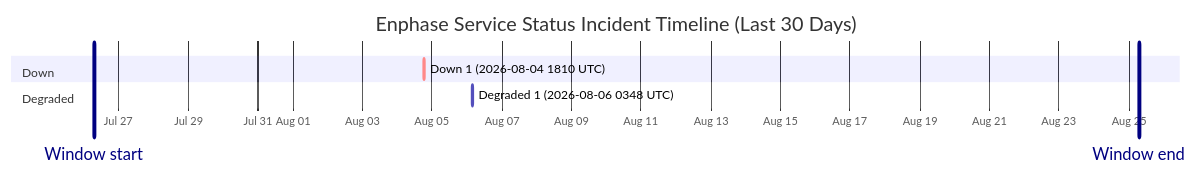
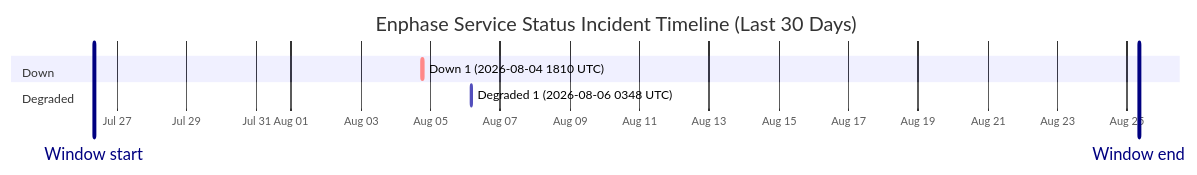
Before and after one commit to barneyonline/ha-enphase-energy: the diagram in wiki/Service-Status-History.md, drawn with Mermaid. The commit also changed other lines of this file and 3 other files, not shown here.

````diff
--- a/wiki/Service-Status-History.md
+++ b/wiki/Service-Status-History.md
@@ -14,12 +14,12 @@
 ```mermaid
 gantt
     title Enphase Service Status Incident Timeline (Last 30 Days)
     dateFormat  YYYY-MM-DDTHH:mm:ss
     axisFormat  %b %d
-    Window start :vert, window-start, 2026-07-26T07:00:18, 0ms
-    Window end :vert, window-end, 2026-08-25T07:00:18, 0ms
+    Window start :vert, window-start, 2026-07-26T08:06:18, 0ms
+    Window end :vert, window-end, 2026-08-25T08:06:18, 0ms
     section Down
     Down 1 (2026-08-04 1810 UTC) :crit, down-1, 2026-08-04T18:10:46, 60m
     section Degraded
     Degraded 1 (2026-08-06 0348 UTC) :active, degraded-1, 2026-08-06T03:48:14, 60m
 ```
````
